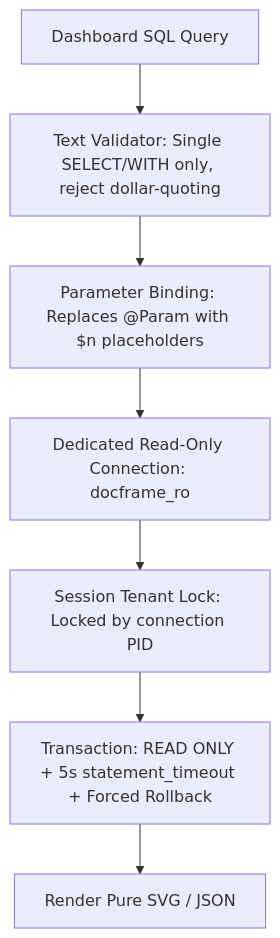
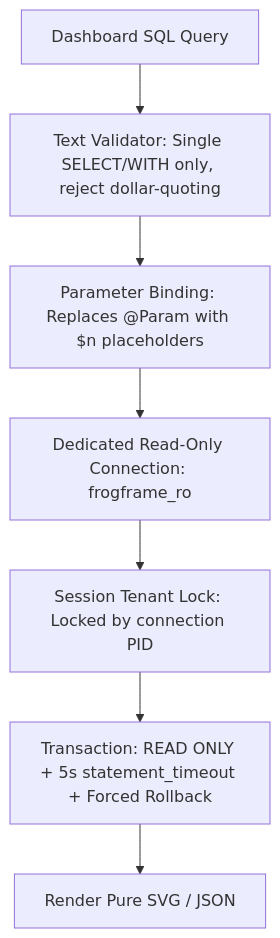
The diagram in docs/guides/sql-dashboards.md (frogframework-admin/frogframe), drawn with Mermaid before and after one commit. The commit also changed other lines of this file and 146 other files, not shown here.

````diff
--- a/docs/guides/sql-dashboards.md
+++ b/docs/guides/sql-dashboards.md
@@ -27,9 +27,9 @@
 ```mermaid
 flowchart TD
     UserQuery["Dashboard SQL Query"] --> Parser["Text Validator: Single SELECT/WITH only, reject dollar-quoting"]
     Parser --> ParamReplacer["Parameter Binding: Replaces @Param with $n placeholders"]
-    ParamReplacer --> ROConn["Dedicated Read-Only Connection: docframe_ro"]
+    ParamReplacer --> ROConn["Dedicated Read-Only Connection: frogframe_ro"]
     ROConn --> TenantLock["Session Tenant Lock: Locked by connection PID"]
     TenantLock --> Timeout["Transaction: READ ONLY + 5s statement_timeout + Forced Rollback"]
     Timeout --> SafeResult["Render Pure SVG / JSON"]
 ```
````
